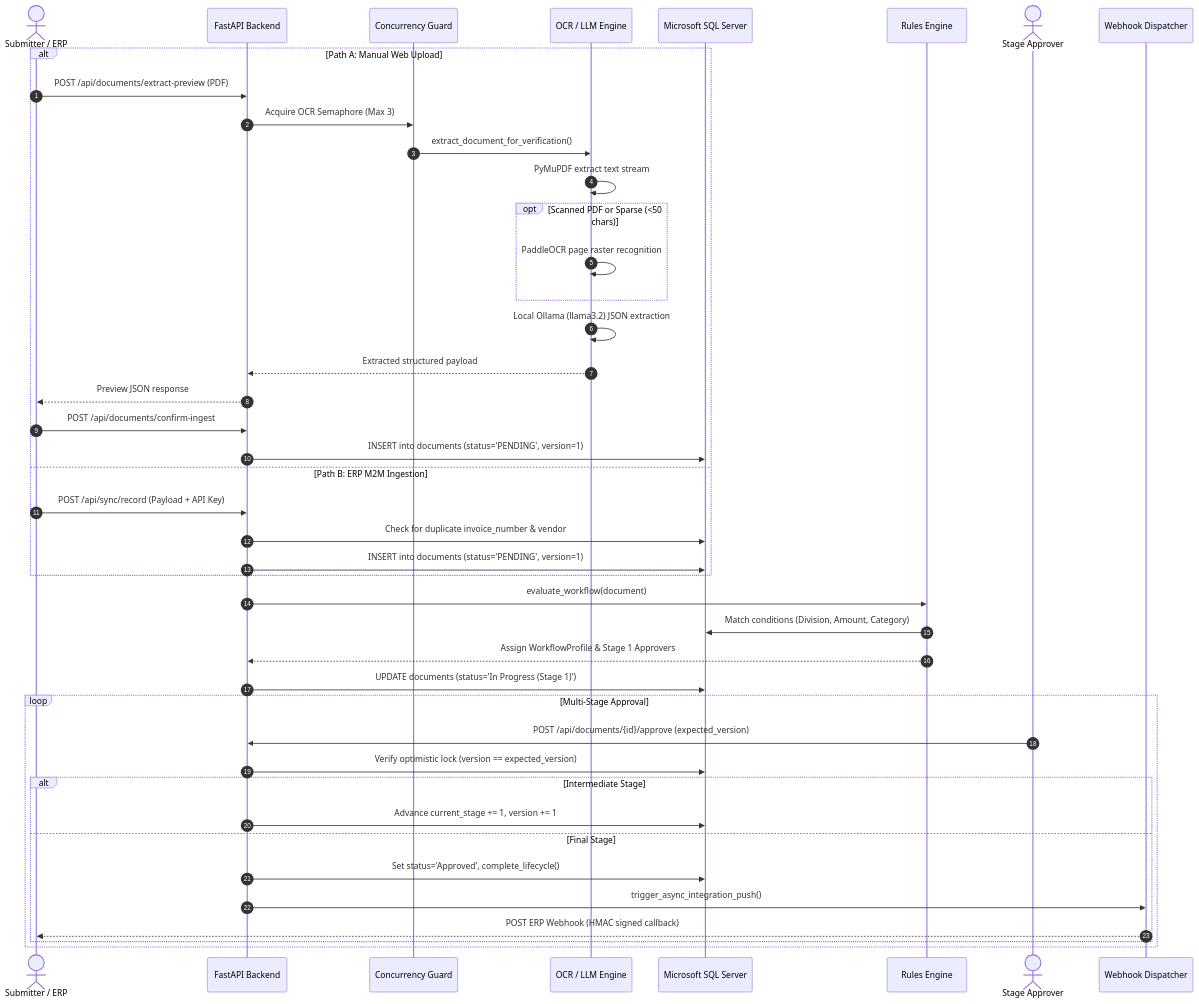
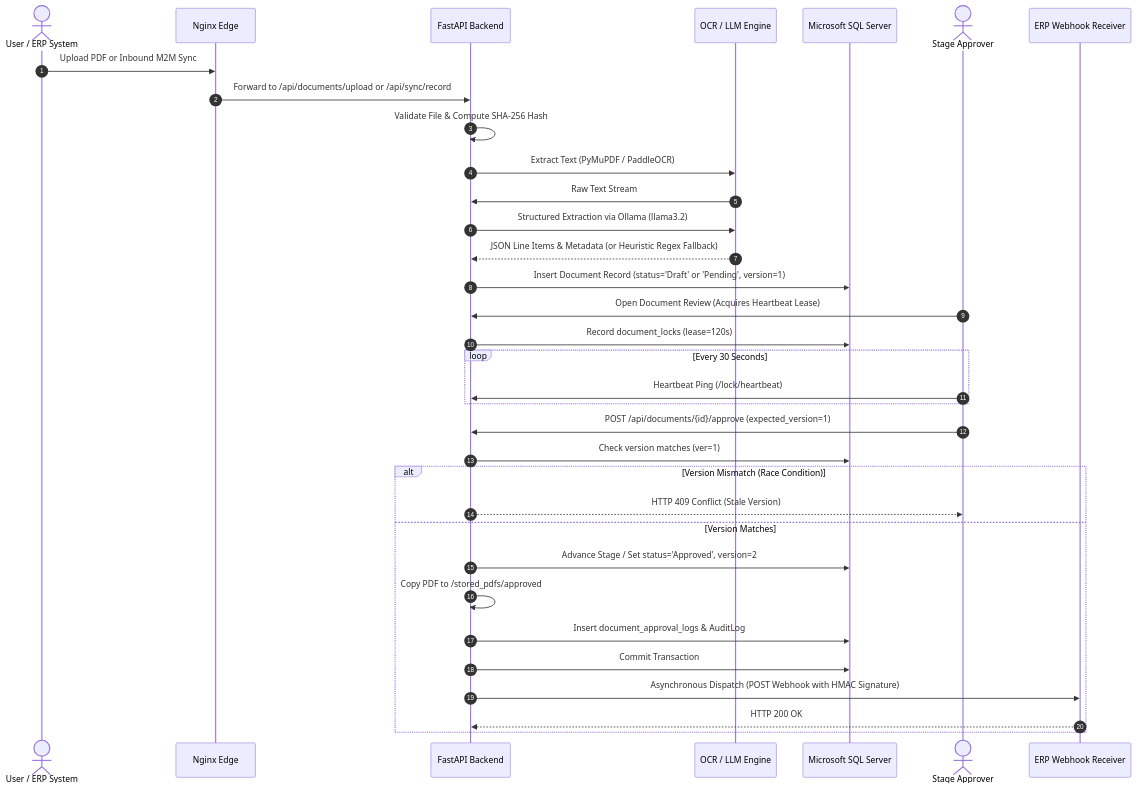
The third of 7 diagrams in docs/DocuFlow_Technical_Documentation.md (Harita2005/docuflow-automation), drawn with Mermaid before and after one commit. The commit also changed other lines of this file and 39 other files, not shown here.

Commit message:
fix(security & auth): resolve audit issues, implement 4-option login flow, fix upload and rbac bugs

````diff
--- a/docs/DocuFlow_Technical_Documentation.md
+++ b/docs/DocuFlow_Technical_Documentation.md
@@ -433,48 +241,39 @@
 ```mermaid
 sequenceDiagram
     autonumber
-    actor User as Submitter / ERP
-    participant API as FastAPI Backend
-    participant Guard as Concurrency Guard
+    actor Submitter as User / ERP System
+    participant NGINX as Nginx Edge
+    participant Backend as FastAPI Backend
     participant OCR as OCR / LLM Engine
     participant DB as Microsoft SQL Server
-    participant Rules as Rules Engine
     actor Approver as Stage Approver
-    participant Webhook as Webhook Dispatcher
+    participant Webhook as ERP Webhook Receiver
 
-    alt Path A: Manual Web Upload
-        User->>API: POST /api/documents/extract-preview (PDF)
-        API->>Guard: Acquire OCR Semaphore (Max 3)
-        Guard->>OCR: extract_document_for_verification()
-        OCR->>OCR: PyMuPDF extract text stream
-        opt Scanned PDF or Sparse (<50 chars)
-            OCR->>OCR: PaddleOCR page raster recognition
-        end
-        OCR->>OCR: Local Ollama (llama3.2) JSON extraction
-        OCR-->>API: Extracted structured payload
-        API-->>User: Preview JSON response
-        User->>API: POST /api/documents/confirm-ingest
-        API->>DB: INSERT into documents (status='PENDING', version=1)
-    else Path B: ERP M2M Ingestion
-        User->>API: POST /api/sync/record (Payload + API Key)
-        API->>DB: Check for duplicate invoice_number & vendor
-        API->>DB: INSERT into documents (status='PENDING', version=1)
+    Submitter->>NGINX: Upload PDF or Inbound M2M Sync
+    NGINX->>Backend: Forward to /api/documents/upload or /api/sync/record
+    Backend->>Backend: Validate File & Compute SHA-256 Hash
+    Backend->>OCR: Extract Text (PyMuPDF / PaddleOCR)
+    OCR->>Backend: Raw Text Stream
+    Backend->>OCR: Structured Extraction via Ollama (llama3.2)
+    OCR-->>Backend: JSON Line Items & Metadata (or Heuristic Regex Fallback)
+    Backend->>DB: Insert Document Record (status='Draft' or 'Pending', version=1)
+    
+    Approver->>Backend: Open Document Review (Acquires Heartbeat Lease)
+    Backend->>DB: Record document_locks (lease=120s)
+    loop Every 30 Seconds
+        Approver->>Backend: Heartbeat Ping (/lock/heartbeat)
     end
 
-    API->>Rules: evaluate_workflow(document)
-    Rules->>DB: Match conditions (Division, Amount, Category)
-    Rules-->>API: Assign WorkflowProfile & Stage 1 Approvers
-    API->>DB: UPDATE documents (status='In Progress (Stage 1)')
-
-    loop Multi-Stage Approval
-        Approver->>API: POST /api/documents/{id}/approve (expected_version)
-        API->>DB: Verify optimistic lock (version == expected_version)
-        alt Intermediate Stage
-            API->>DB: Advance current_stage += 1, version += 1
-        else Final Stage
-            API->>DB: Set status='Approved', complete_lifecycle()
-            API->>Webhook: trigger_async_integration_push()
-            Webhook-->>User: POST ERP Webhook (HMAC signed callback)
-        end
+    Approver->>Backend: POST /api/documents/{id}/approve (expected_version=1)
+    Backend->>DB: Check version matches (ver=1)
+    alt Version Mismatch (Race Condition)
+        Backend-->>Approver: HTTP 409 Conflict (Stale Version)
+    else Version Matches
+        Backend->>DB: Advance Stage / Set status='Approved', version=2
+        Backend->>Backend: Copy PDF to /stored_pdfs/approved
+        Backend->>DB: Insert document_approval_logs & AuditLog
+        Backend->>DB: Commit Transaction
+        Backend->>Webhook: Asynchronous Dispatch (POST Webhook with HMAC Signature)
+        Webhook-->>Backend: HTTP 200 OK
     end
 ```
````
